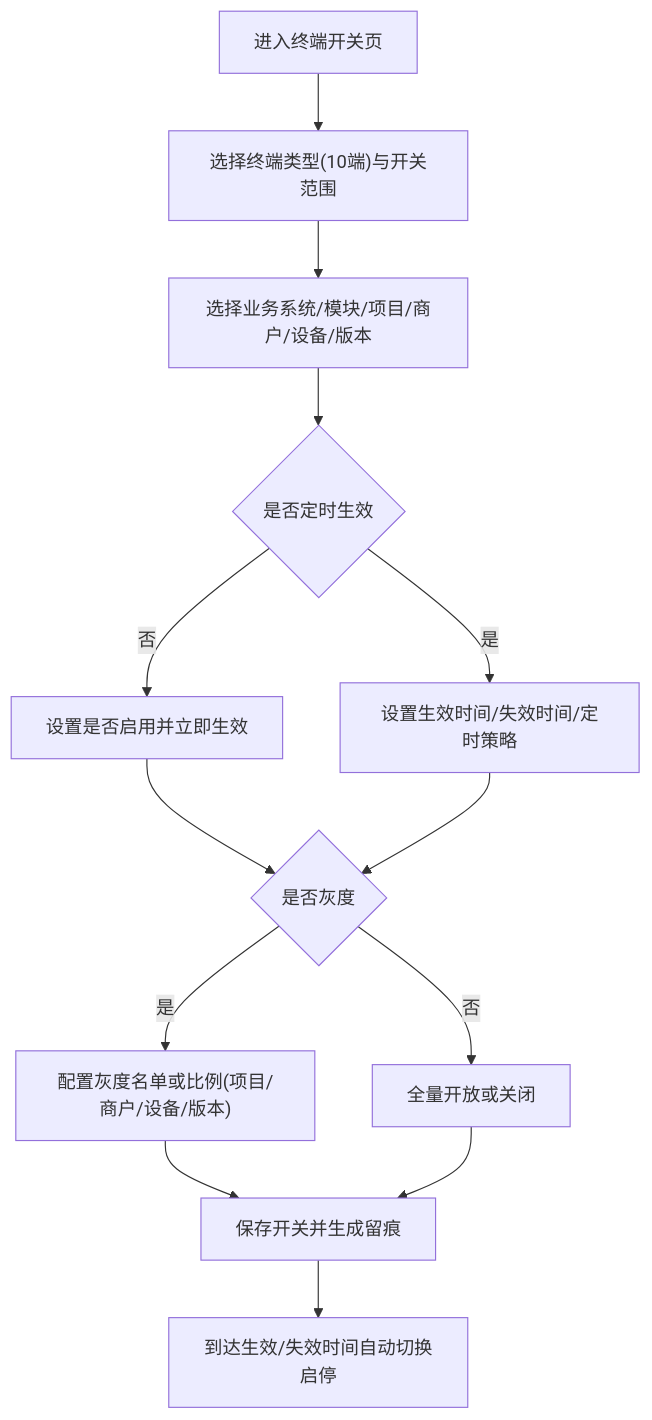
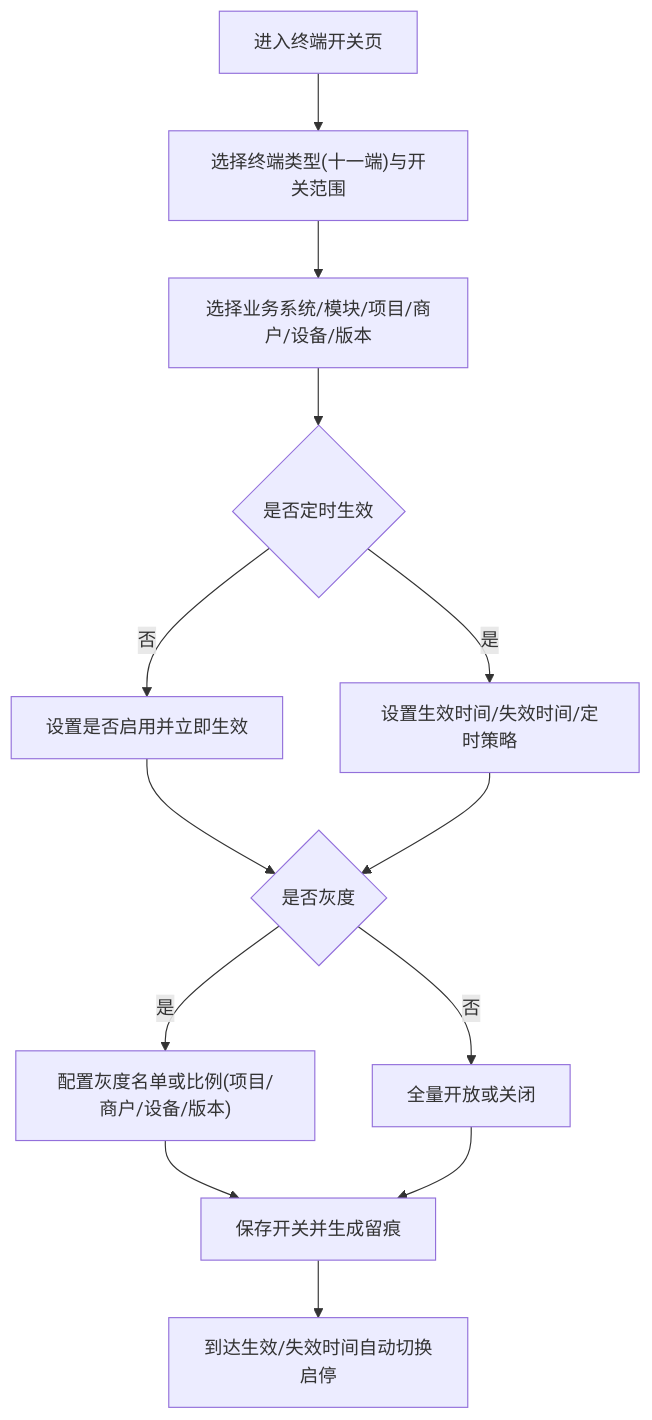
One commit to jxh1979/mall changed diagram 20 of 21 in docs/platform-governance-product-spec-v0.2.md. Above: the diagram before and after it, drawn with Mermaid. The commit also changed other lines of this file and 8 other files, not shown here.

````diff
--- a/docs/platform-governance-product-spec-v0.2.md
+++ b/docs/platform-governance-product-spec-v0.2.md
@@ -2278,15 +2213,15 @@
 ```mermaid
 flowchart TD
-    A["进入终端开关页"] --> B["选择终端类型(10端)与开关范围"]
+    A["进入终端开关页"] --> B["选择终端类型(十一端)与开关范围"]
     B --> C["选择业务系统/模块/项目/商户/设备/版本"]
     C --> D{"是否定时生效"}
     D -- "否" --> E["设置是否启用并立即生效"]
     D -- "是" --> F["设置生效时间/失效时间/定时策略"]
     E --> G{"是否灰度"}
     F --> G
     G -- "是" --> H["配置灰度名单或比例(项目/商户/设备/版本)"]
     G -- "否" --> I["全量开放或关闭"]
     H --> J["保存开关并生成留痕"]
     I --> J
     J --> K["到达生效/失效时间自动切换启停"]
 ```
````
